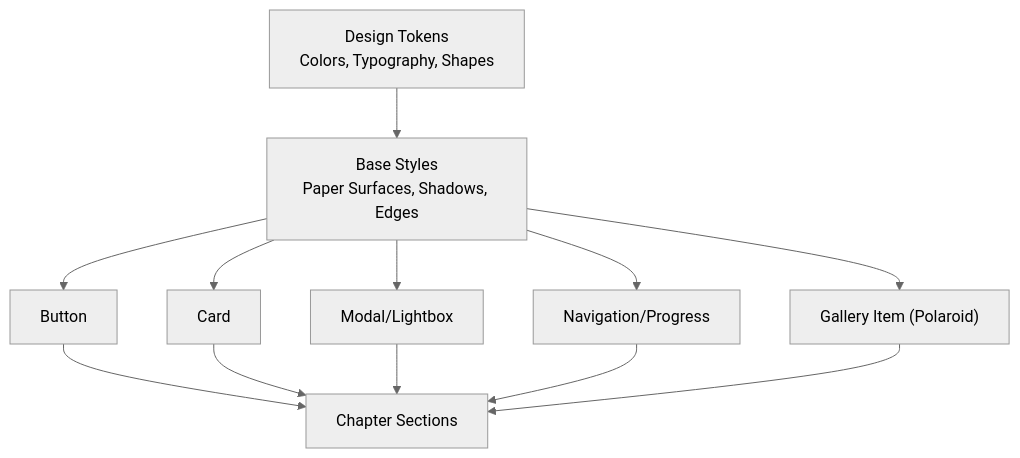
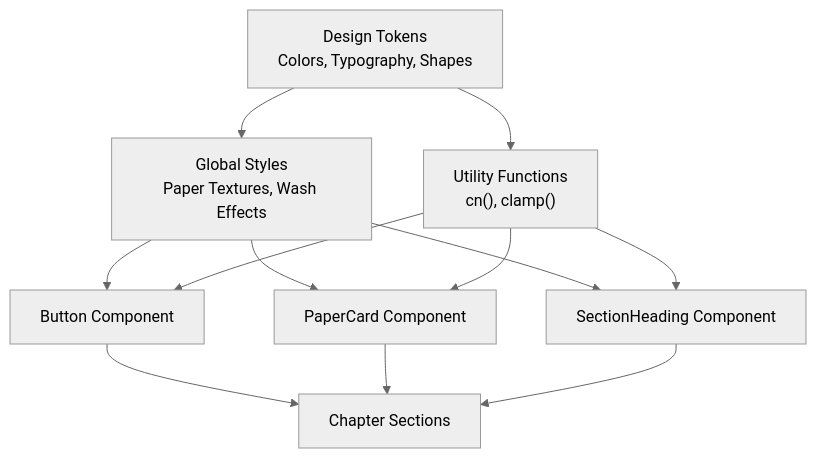
One commit to quangkiet1/anh-xin-loi changed the second of 5 diagrams in .qoder/repowiki/en/content/Design System Reference/UI Component Guidelines.md. Above: the diagram before and after it, drawn with Mermaid (neutral theme). The commit also changed other lines of this file and 13 other files, not shown here.

````diff
--- a/.qoder/repowiki/en/content/Design System Reference/UI Component Guidelines.md
+++ b/.qoder/repowiki/en/content/Design System Reference/UI Component Guidelines.md
@@ -151,22 +172,21 @@
 ```mermaid
 graph TB
 Tokens["Design Tokens<br/>Colors, Typography, Shapes"]
-Base["Base Styles<br/>Paper Surfaces, Shadows, Edges"]
-Button["Button"]
-Card["Card"]
-Modal["Modal/Lightbox"]
-Nav["Navigation/Progress"]
-GalleryItem["Gallery Item (Polaroid)"]
-Section["Chapter Sections"]
-Tokens --> Base
-Base --> Button
-Base --> Card
-Base --> Modal
-Base --> Nav
-Base --> GalleryItem
-Button --> Section
-Card --> Section
-Modal --> Section
-Nav --> Section
-GalleryItem --> Section
+GlobalStyles["Global Styles<br/>Paper Textures, Wash Effects"]
+Utils["Utility Functions<br/>cn(), clamp()"]
+Button["Button Component"]
+PaperCard["PaperCard Component"]
+SectionHeading["SectionHeading Component"]
+ChapterSections["Chapter Sections"]
+Tokens --> GlobalStyles
+Tokens --> Utils
+GlobalStyles --> Button
+GlobalStyles --> PaperCard
+GlobalStyles --> SectionHeading
+Utils --> Button
+Utils --> PaperCard
+Utils --> SectionHeading
+Button --> ChapterSections
+PaperCard --> ChapterSections
+SectionHeading --> ChapterSections
 ```
````
